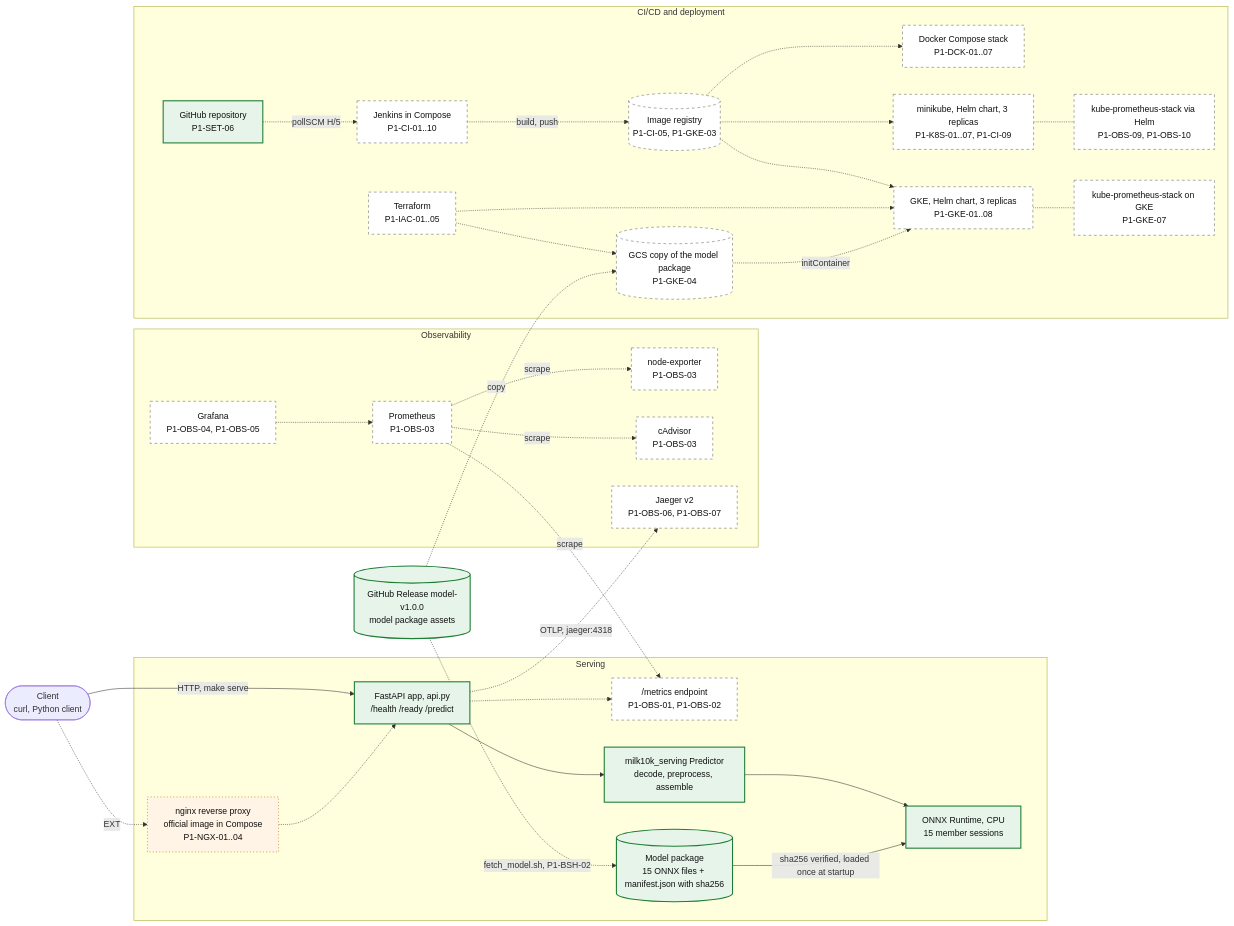
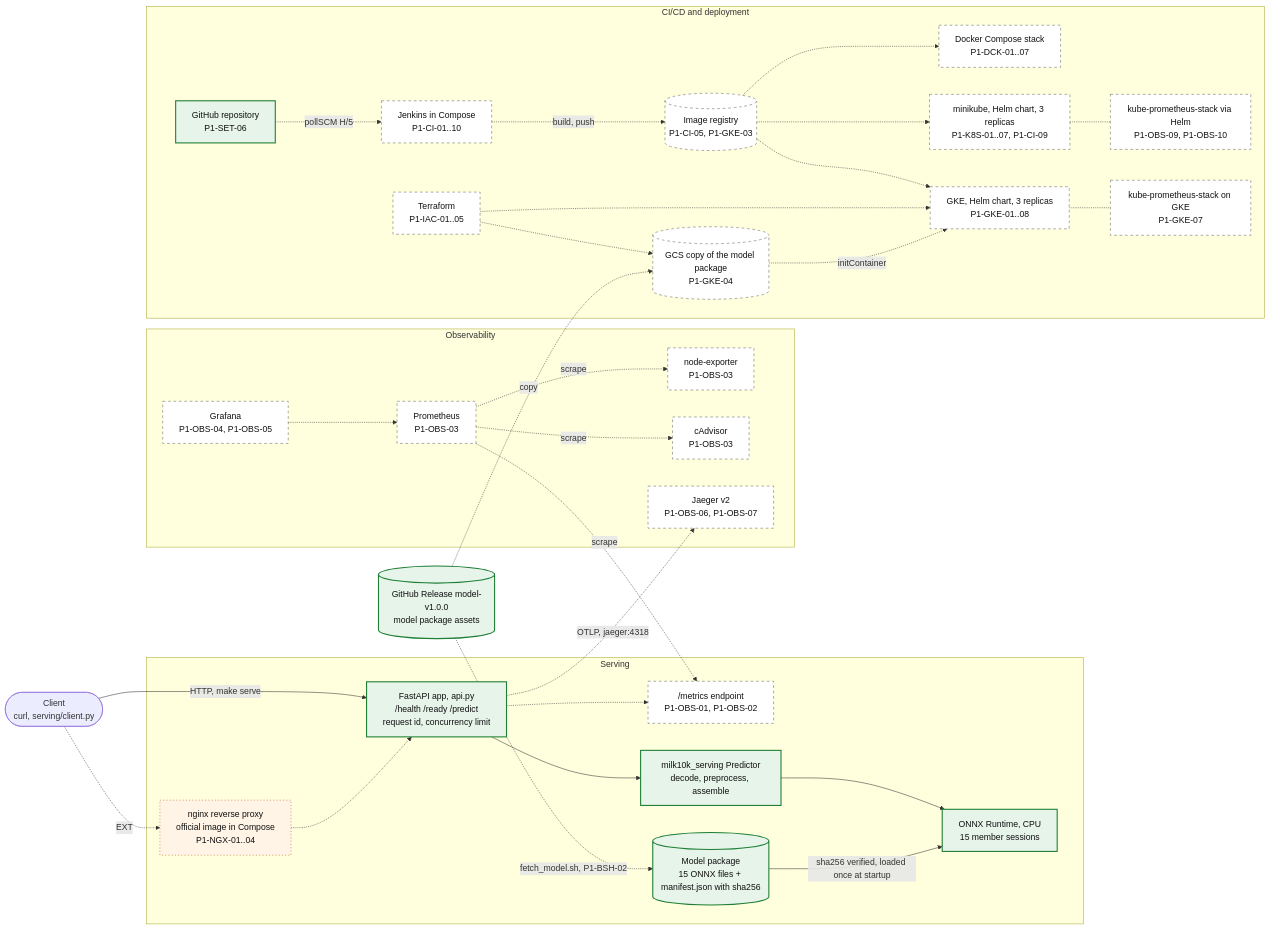
One commit to Yogurt01/milk10k-skin-lesion-mlops changed the first of 3 diagrams in docs/architecture.md. Above: the diagram before and after it, drawn with Mermaid. The commit also changed other lines of this file and 4 other files, not shown here.

Commit message:
Document the API, add Python client, update architecture diagrams

````diff
--- a/docs/architecture.md
+++ b/docs/architecture.md
@@ -16,69 +16,69 @@
 ```mermaid
 flowchart LR
-    client(["Client<br/>curl, Python client"])
+    client(["Client<br/>curl, serving/client.py"])
 
     subgraph serving["Serving"]
         nginx["nginx reverse proxy<br/>official image in Compose<br/>P1-NGX-01..04"]
-        api["FastAPI app, api.py<br/>/health /ready /predict"]
+        api["FastAPI app, api.py<br/>/health /ready /predict<br/>request id, concurrency limit"]
         metrics["/metrics endpoint<br/>P1-OBS-01, P1-OBS-02"]
         pred["milk10k_serving Predictor<br/>decode, preprocess, assemble"]
         ort["ONNX Runtime, CPU<br/>15 member sessions"]
         pkg[("Model package<br/>15 ONNX files + manifest.json with sha256")]
     end
 
     release[("GitHub Release model-v1.0.0<br/>model package assets")]
 
     subgraph obs["Observability"]
         prom["Prometheus<br/>P1-OBS-03"]
         graf["Grafana<br/>P1-OBS-04, P1-OBS-05"]
         nodeexp["node-exporter<br/>P1-OBS-03"]
         cadv["cAdvisor<br/>P1-OBS-03"]
         jaeger["Jaeger v2<br/>P1-OBS-06, P1-OBS-07"]
     end
 
     subgraph cicd["CI/CD and deployment"]
         repo["GitHub repository<br/>P1-SET-06"]
         jenkins["Jenkins in Compose<br/>P1-CI-01..10"]
         registry[("Image registry<br/>P1-CI-05, P1-GKE-03")]
         compose["Docker Compose stack<br/>P1-DCK-01..07"]
         mk["minikube, Helm chart, 3 replicas<br/>P1-K8S-01..07, P1-CI-09"]
         kps["kube-prometheus-stack via Helm<br/>P1-OBS-09, P1-OBS-10"]
         tf["Terraform<br/>P1-IAC-01..05"]
         gke["GKE, Helm chart, 3 replicas<br/>P1-GKE-01..08"]
         gcs[("GCS copy of the model package<br/>P1-GKE-04")]
         kpsg["kube-prometheus-stack on GKE<br/>P1-GKE-07"]
     end
 
     client -->|"HTTP, make serve"| api
     client -.->|EXT| nginx
     nginx -.-> api
     api --> pred
     pred --> ort
     pkg -->|"sha256 verified, loaded once at startup"| ort
     release -.->|"fetch_model.sh, P1-BSH-02"| pkg
     api -.-> metrics
     prom -.->|scrape| metrics
     prom -.->|scrape| nodeexp
     prom -.->|scrape| cadv
     graf -.-> prom
     api -.->|"OTLP, jaeger:4318"| jaeger
 
     repo -.->|"pollSCM H/5"| jenkins
     jenkins -.->|"build, push"| registry
     registry -.-> compose
     registry -.-> mk
     registry -.-> gke
     mk -.- kps
     tf -.-> gke
     tf -.-> gcs
     release -.->|copy| gcs
     gcs -.->|initContainer| gke
     gke -.- kpsg
 
     classDef implemented fill:#e6f4ea,stroke:#1e7e34,stroke-width:2px,color:#111111
     classDef planned fill:#ffffff,stroke:#666666,stroke-width:1px,stroke-dasharray:5 5,color:#111111
     classDef ext fill:#fff4e5,stroke:#b35c00,stroke-width:1px,stroke-dasharray:2 4,color:#111111
     class api,pred,ort,pkg,release,repo implemented
     class metrics,prom,graf,nodeexp,cadv,jaeger,jenkins,registry,compose,mk,kps,tf,gke,gcs,kpsg planned
     class nginx ext
 ```
````
